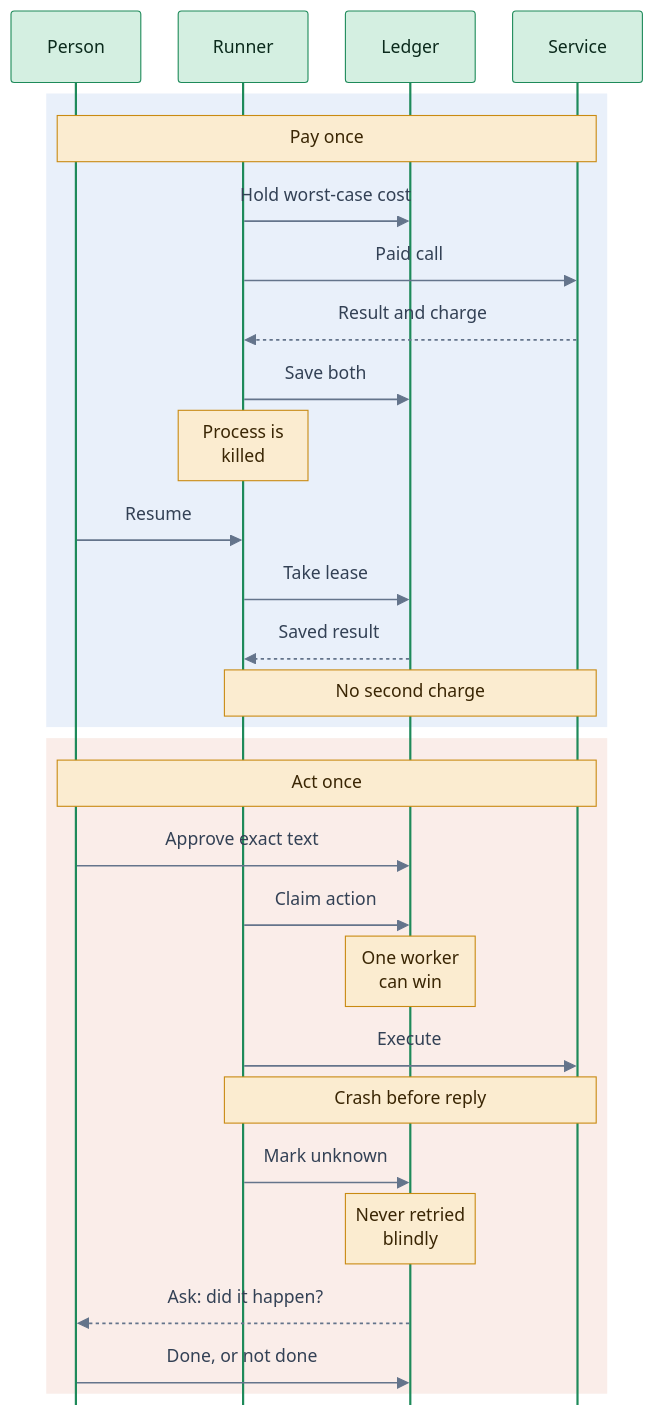
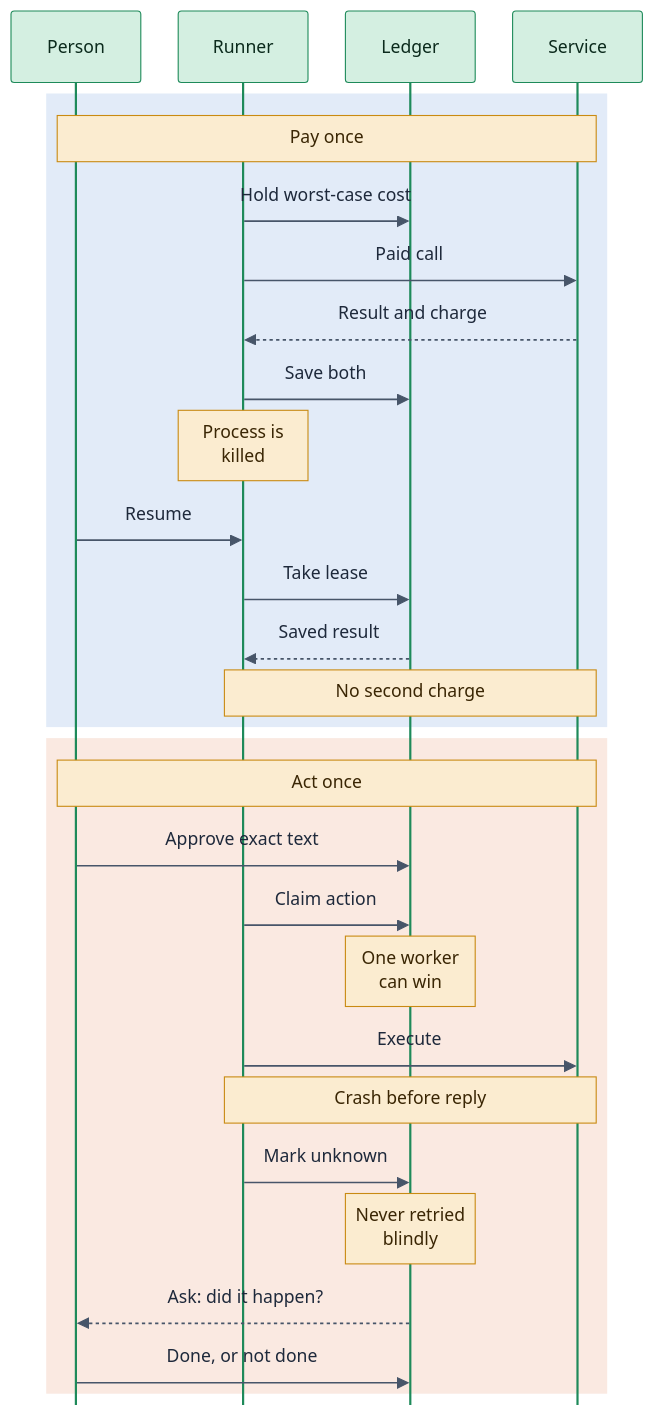
The fourth of 4 diagrams in README.md (DityaSen29/tradescout), drawn with Mermaid before and after one commit. The commit also changed other lines of this file, not shown here.

Commit message:
README: tighten diagram sizing and dark-mode legibility

````diff
--- a/README.md
+++ b/README.md
@@ -496,32 +493,32 @@
 ```mermaid
-%%{init: {"theme":"base","themeVariables":{"fontSize":"15px","actorBkg":"#d4efe1","actorBorder":"#1e8a5a","actorTextColor":"#0b2a1c","noteBkgColor":"#fbecd0","noteBorderColor":"#c98a12","noteTextColor":"#3a2604","signalColor":"#64748b","signalTextColor":"#334155","labelBoxBkgColor":"#f8fafc"},"sequence":{"width":118,"actorMargin":34,"messageMargin":26,"mirrorActors":false,"wrap":true}}}%%
+%%{init: {"theme":"base","themeVariables":{"fontSize":"15px","actorBkg":"#d4efe1","actorBorder":"#1e8a5a","actorTextColor":"#0b2a1c","noteBkgColor":"#fbecd0","noteBorderColor":"#c98a12","noteTextColor":"#3a2604","signalColor":"#475569","signalTextColor":"#1e293b","labelBoxBkgColor":"#f8fafc"},"sequence":{"width":118,"actorMargin":34,"messageMargin":22,"mirrorActors":false,"wrap":true}}}%%
 sequenceDiagram
   participant P as Person
   participant R as Runner
   participant L as Ledger
   participant S as Service
-  rect rgba(47,111,208,0.10)
+  rect rgb(226,235,248)
     Note over P,S: Pay once
     R->>L: Hold worst-case cost
     R->>S: Paid call
     S-->>R: Result and charge
     R->>L: Save both
     Note over R: Process is killed
     P->>R: Resume
     R->>L: Take lease
     L-->>R: Saved result
     Note over R,S: No second charge
   end
-  rect rgba(208,84,42,0.10)
+  rect rgb(250,233,225)
     Note over P,S: Act once
     P->>L: Approve exact text
     R->>L: Claim action
     Note over L: One worker can win
     R->>S: Execute
     Note over R,S: Crash before reply
     R->>L: Mark unknown
     Note over L: Never retried blindly
     L-->>P: Ask: did it happen?
     P->>L: Done, or not done
   end
 ```
````
